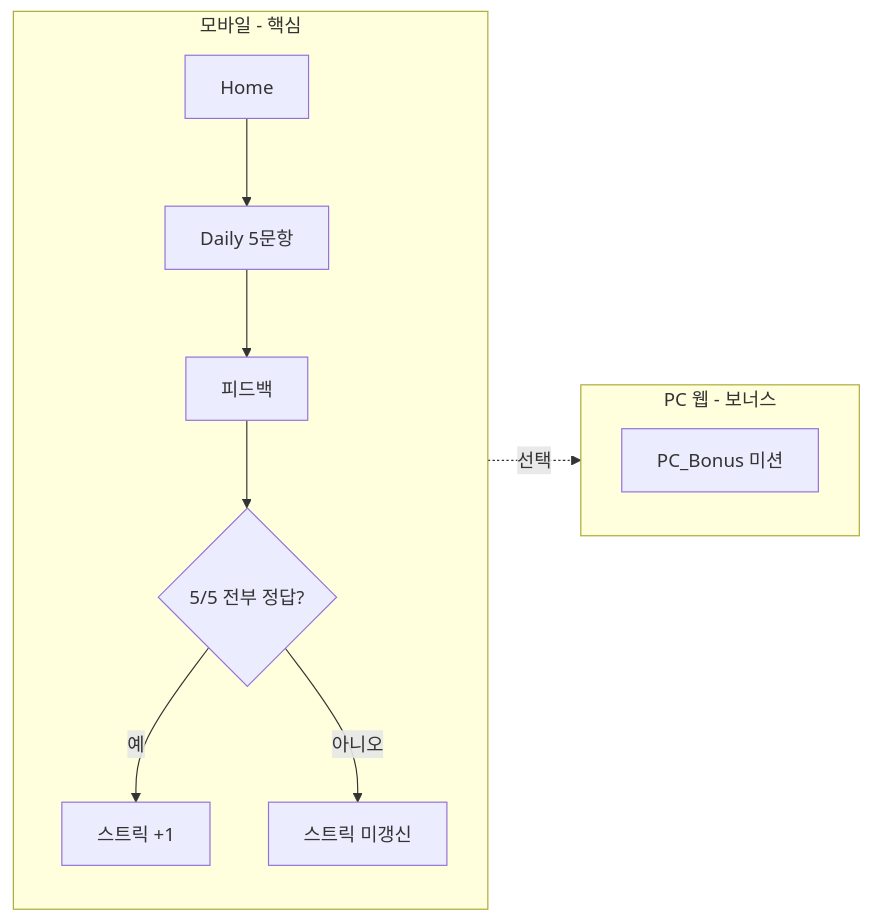
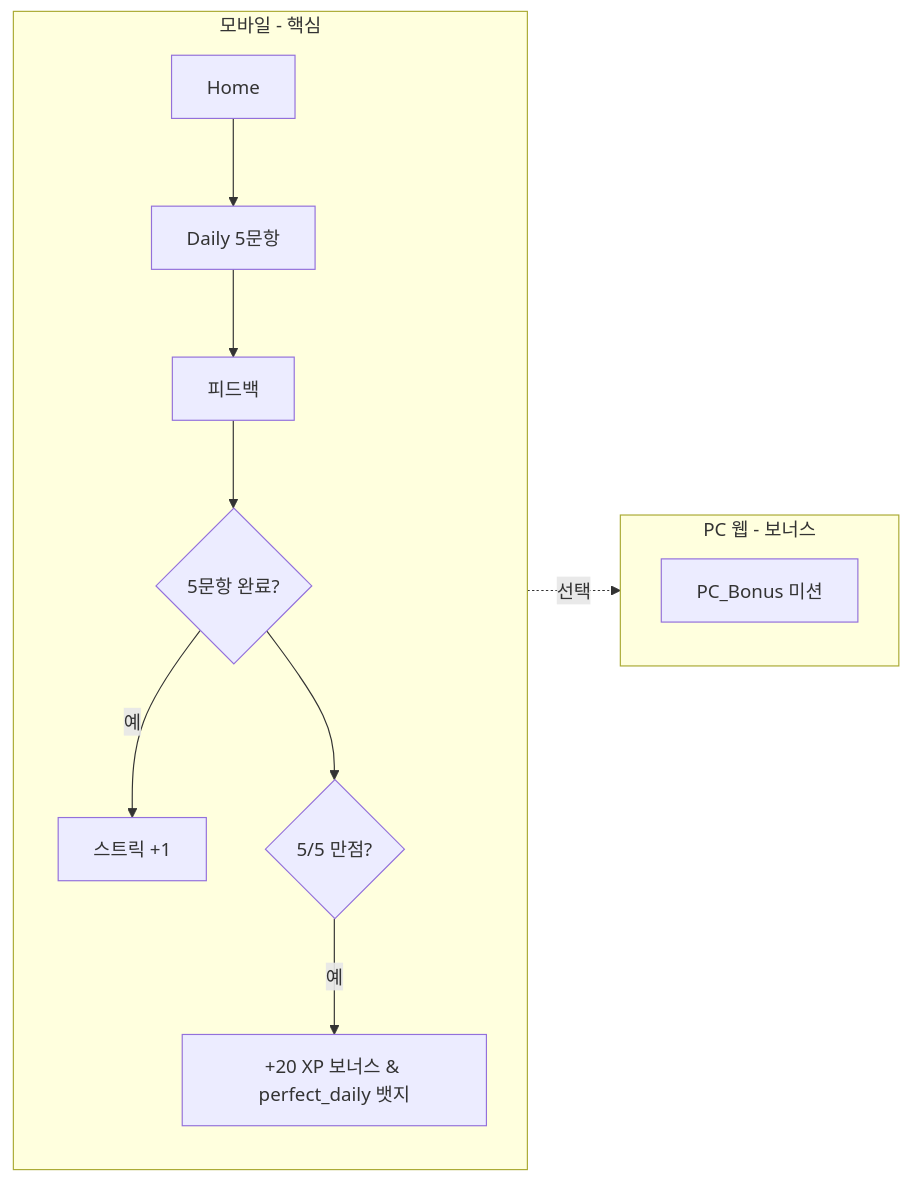
Before and after one commit to algorithm-learning-app/algofit-docs: the diagram in docs/14-learning-flow.md, drawn with Mermaid. The commit also changed other lines of this file and 4 other files, not shown here.

First line of the commit message:
docs: align streak rule to Daily-completion with perfect bonus

````diff
--- a/docs/14-learning-flow.md
+++ b/docs/14-learning-flow.md
@@ -27,14 +27,15 @@
 ```mermaid
 flowchart LR
   subgraph mobile [모바일 - 핵심]
     H[Home] --> D[Daily 5문항]
     D --> F[피드백]
-    F --> C{5/5 전부 정답?}
+    F --> C{5문항 완료?}
     C -->|예| S[스트릭 +1]
-    C -->|아니오| R[스트릭 미갱신]
+    C --> P{5/5 만점?}
+    P -->|예| B1[+20 XP 보너스 & perfect_daily 뱃지]
   end
   subgraph pc [PC 웹 - 보너스]
-    B[PC_Bonus 미션]
+    BP[PC_Bonus 미션]
   end
   mobile -.->|선택| pc
 ```
````
